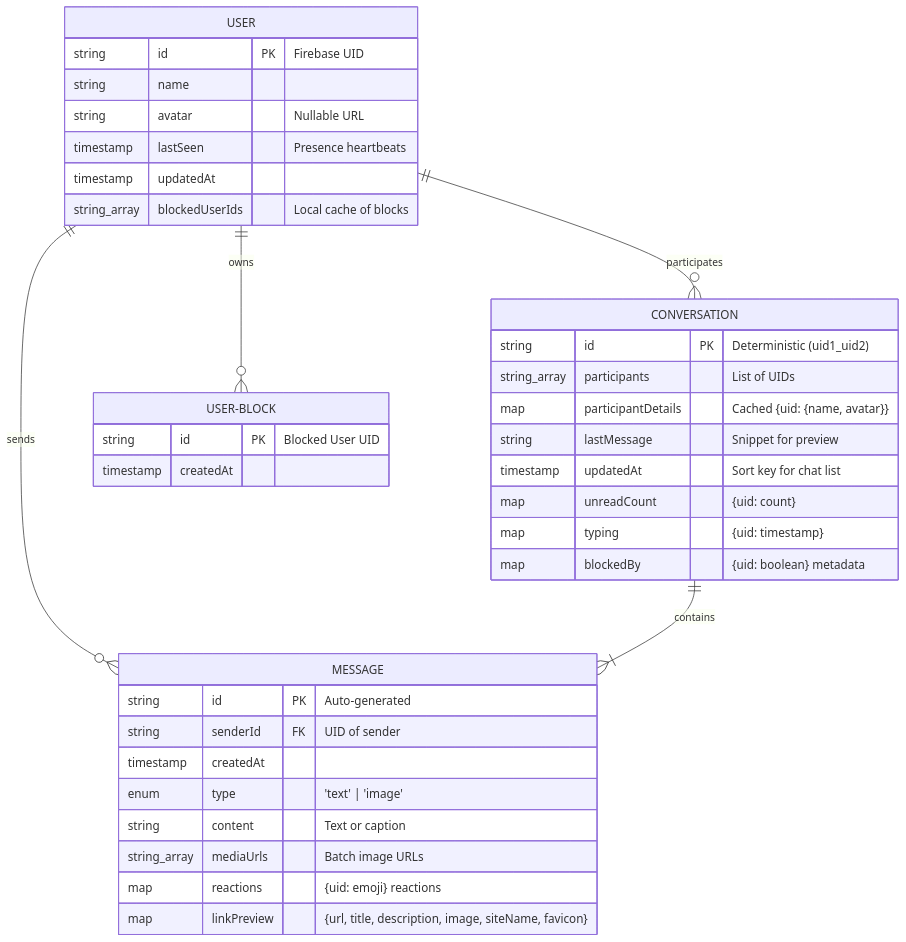
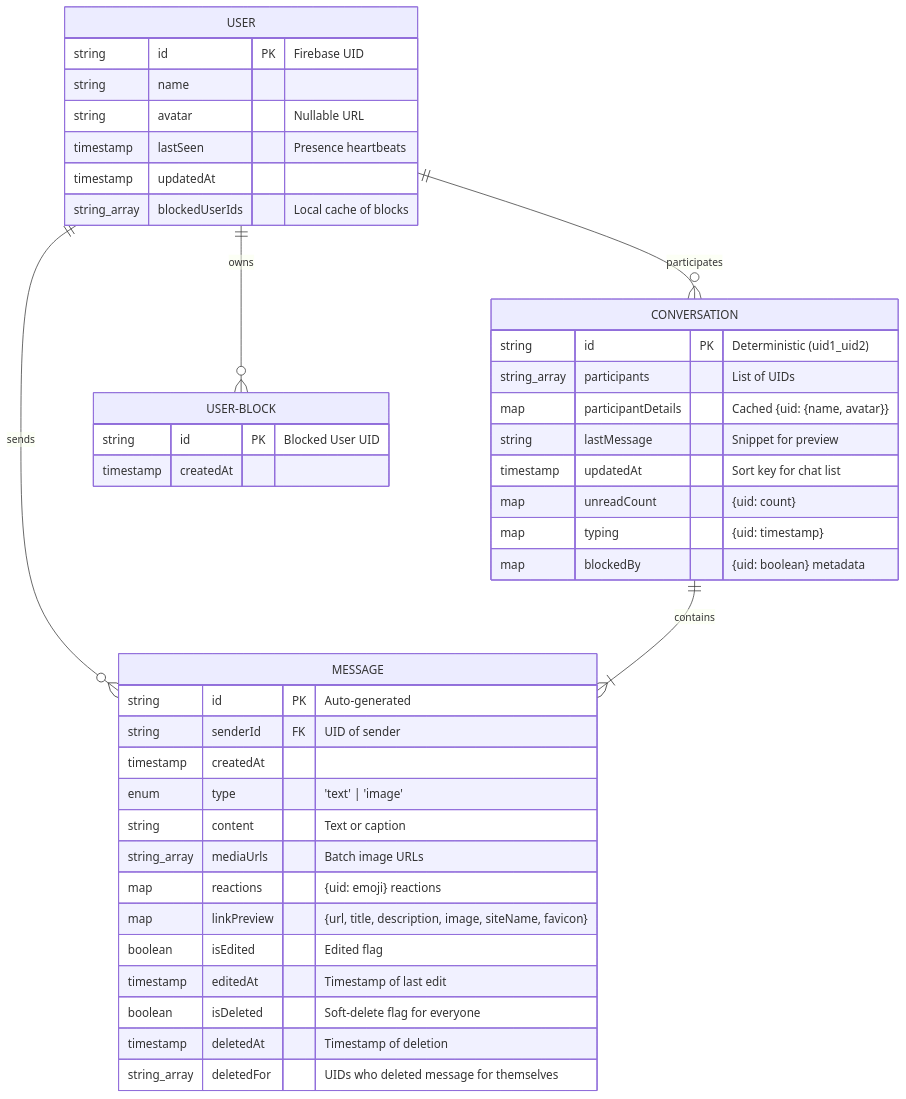
One commit to empiretylh/artspacenextjs changed the diagram in src/features/chat/README.md. Above: the diagram before and after it, drawn with Mermaid. The commit also changed other lines of this file and 12 other files, not shown here.

First line of the commit message:
feat(chat): add message edit and dual delete (delete for me & delete for everyone)

````diff
--- a/src/features/chat/README.md
+++ b/src/features/chat/README.md
@@ -14,43 +14,48 @@
 ```mermaid
 erDiagram
     USER ||--o{ CONVERSATION : participates
     USER ||--o{ MESSAGE : sends
     USER ||--o{ USER-BLOCK : owns
     CONVERSATION ||--|{ MESSAGE : contains
 
     USER {
         string id PK "Firebase UID"
         string name
         string avatar "Nullable URL"
         timestamp lastSeen "Presence heartbeats"
         timestamp updatedAt
         string_array blockedUserIds "Local cache of blocks"
     }
 
     CONVERSATION {
         string id PK "Deterministic (uid1_uid2)"
         string_array participants "List of UIDs"
         map participantDetails "Cached {uid: {name, avatar}}"
         string lastMessage "Snippet for preview"
         timestamp updatedAt "Sort key for chat list"
         map unreadCount "{uid: count}"
         map typing "{uid: timestamp}"
         map blockedBy "{uid: boolean} metadata"
     }
 
     MESSAGE {
         string id PK "Auto-generated"
         string senderId FK "UID of sender"
         timestamp createdAt
         enum type "'text' | 'image'"
         string content "Text or caption"
         string_array mediaUrls "Batch image URLs"
         map reactions "{uid: emoji} reactions"
         map linkPreview "{url, title, description, image, siteName, favicon}"
+        boolean isEdited "Edited flag"
+        timestamp editedAt "Timestamp of last edit"
+        boolean isDeleted "Soft-delete flag for everyone"
+        timestamp deletedAt "Timestamp of deletion"
+        string_array deletedFor "UIDs who deleted message for themselves"
     }
 
     USER-BLOCK {
         string id PK "Blocked User UID"
         timestamp createdAt
     }
 ```
````
